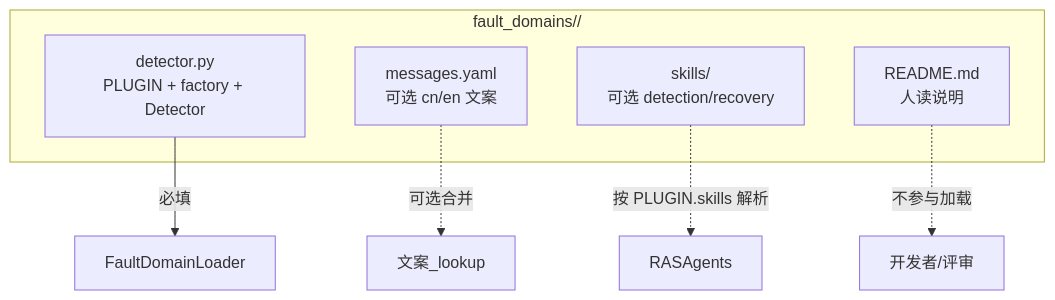
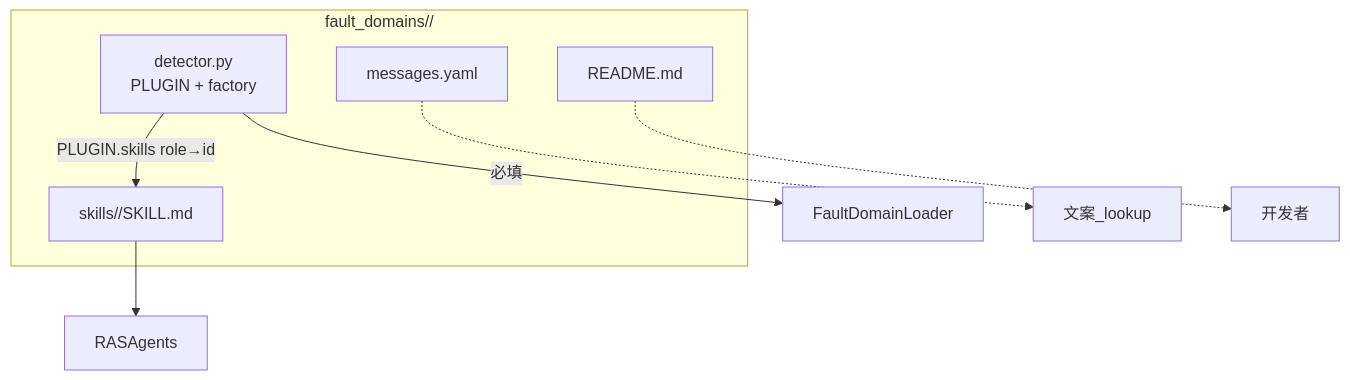
The fourth of 12 diagrams in docs/agent-ras/designs/features/fault-domain-plugins.md (openeuler-mirror/agent-insight), drawn with Mermaid before and after one commit. The commit also changed other lines of this file, not shown here.

First line of the commit message:
docs(ras): 明确 fault-domain Skill 用独立 skill id 命名

````diff
--- a/docs/agent-ras/designs/features/fault-domain-plugins.md
+++ b/docs/agent-ras/designs/features/fault-domain-plugins.md
@@ -173,13 +181,14 @@
 ```mermaid
 flowchart TB
   subgraph pkg ["fault_domains/<domain_id>/"]
-    Det["detector.py\nPLUGIN + factory + Detector"]
-    Msg["messages.yaml\n可选 cn/en 文案"]
-    Sk["skills/\n可选 detection/recovery"]
-    Rd["README.md\n人读说明"]
+    Det["detector.py\nPLUGIN + factory"]
+    Sk["skills/<skill_id>/SKILL.md"]
+    Msg["messages.yaml"]
+    Rd["README.md"]
   end
   Det -->|必填| Loader[FaultDomainLoader]
-  Msg -.->|可选合并| MsgTable[文案_lookup]
-  Sk -.->|按 PLUGIN.skills 解析| Agents[RASAgents]
-  Rd -.->|不参与加载| Human[开发者/评审]
+  Det -->|"PLUGIN.skills role→id"| Sk
+  Sk --> Agents[RASAgents]
+  Msg -.-> MsgTable[文案_lookup]
+  Rd -.-> Human[开发者]
 ```
````
